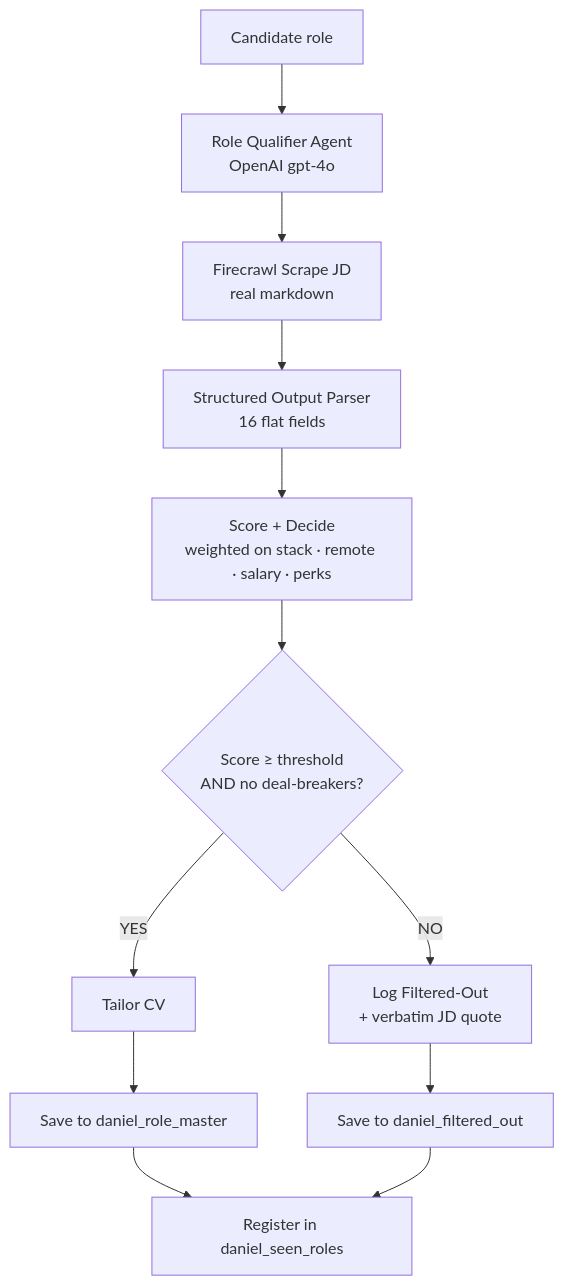
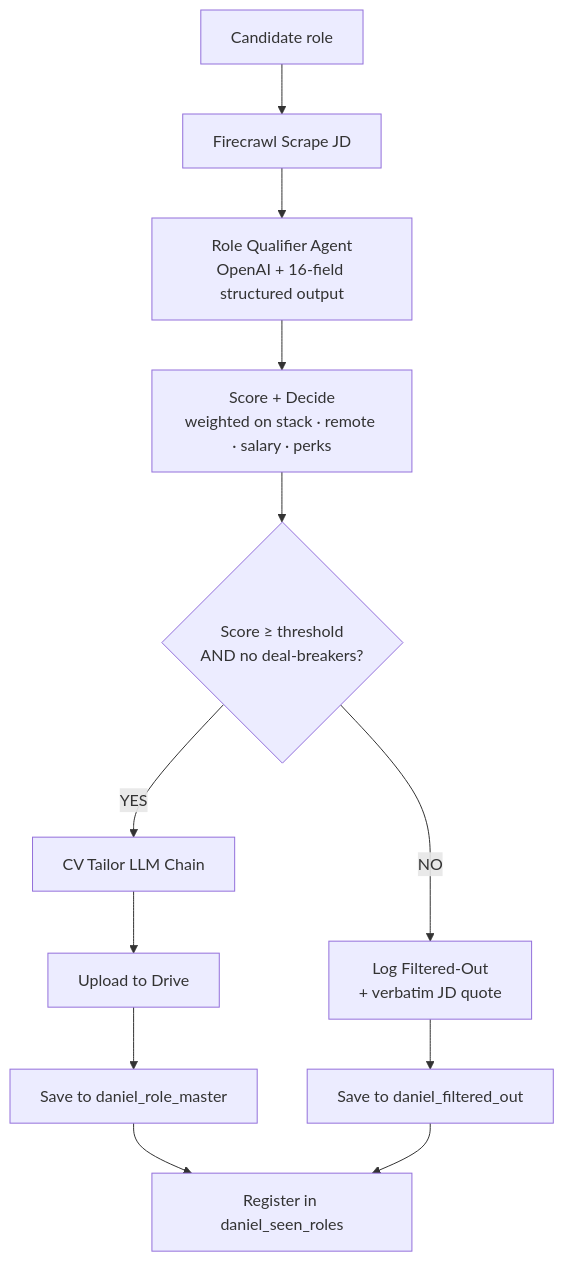
Before and after one commit to Vaughnai2023/n8n-community-challenge---Case-2-Daniel-Job-Scout: the third of 4 diagrams in README.md, drawn with Mermaid. The commit also changed other lines of this file and 31 other files, not shown here.

````diff
--- a/README.md
+++ b/README.md
@@ -124,14 +155,14 @@
 ```mermaid
 flowchart TD
-    A[Candidate role] --> B[Role Qualifier Agent<br/>OpenAI gpt-4o]
-    B --> C[Firecrawl Scrape JD<br/>real markdown]
-    C --> D[Structured Output Parser<br/>16 flat fields]
-    D --> E[Score + Decide<br/>weighted on stack · remote · salary · perks]
-    E --> F{Score ≥ threshold<br/>AND no deal-breakers?}
-    F -->|YES| G[Tailor CV]
-    F -->|NO| H[Log Filtered-Out<br/>+ verbatim JD quote]
-    G --> I[Save to daniel_role_master]
-    H --> J[Save to daniel_filtered_out]
+    A[Candidate role] --> B[Firecrawl Scrape JD]
+    B --> C[Role Qualifier Agent<br/>OpenAI + 16-field structured output]
+    C --> D[Score + Decide<br/>weighted on stack · remote · salary · perks]
+    D --> E{Score ≥ threshold<br/>AND no deal-breakers?}
+    E -->|YES| F[CV Tailor LLM Chain]
+    E -->|NO| G[Log Filtered-Out<br/>+ verbatim JD quote]
+    F --> H[Upload to Drive]
+    H --> I[Save to daniel_role_master]
+    G --> J[Save to daniel_filtered_out]
     I --> K[Register in daniel_seen_roles]
     J --> K
 ```
````
